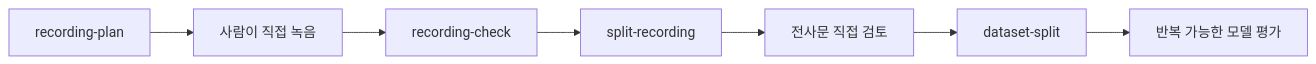
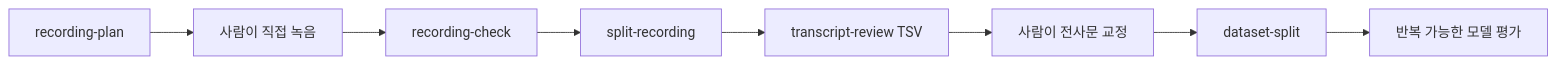
The diagram in docs/DATASET_PREP_WORKFLOW.ko.md (sinmb79/korean-voice-acting-engine), drawn with Mermaid before and after one commit. The commit also changed other lines of this file and 8 other files, not shown here.

Commit message:
Add transcript review workflow

````diff
--- a/docs/DATASET_PREP_WORKFLOW.ko.md
+++ b/docs/DATASET_PREP_WORKFLOW.ko.md
@@ -7,9 +7,10 @@
 ```mermaid
 flowchart LR
   A["recording-plan"] --> B["사람이 직접 녹음"]
   B --> C["recording-check"]
   C --> D["split-recording"]
-  D --> E["전사문 직접 검토"]
-  E --> F["dataset-split"]
-  F --> G["반복 가능한 모델 평가"]
+  D --> E["transcript-review TSV"]
+  E --> F["사람이 전사문 교정"]
+  F --> G["dataset-split"]
+  G --> H["반복 가능한 모델 평가"]
 ```
````
